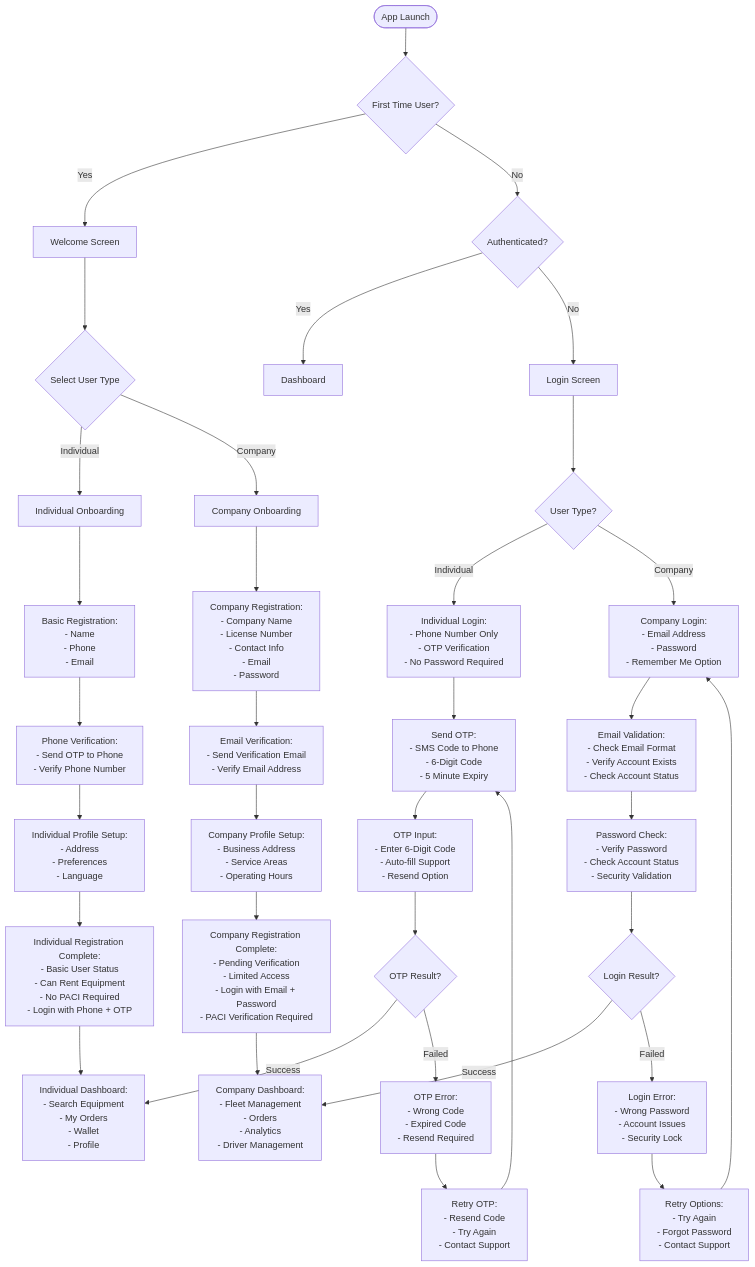
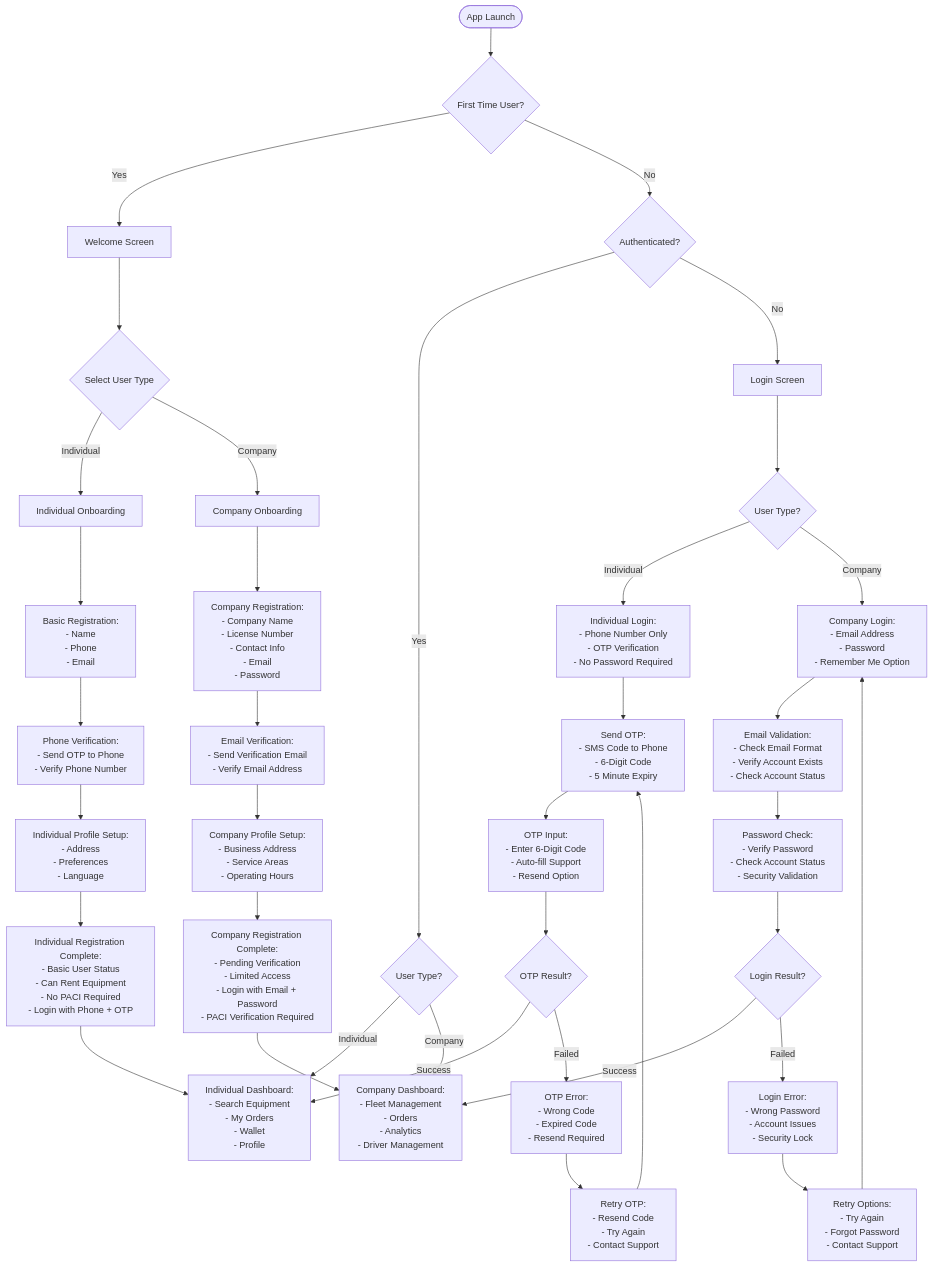
The first of 21 diagrams in 04_User_Experience_Flows.md (engaotb/YARDR), drawn with Mermaid before and after one commit.

Commit message:
Fix Initial App Launch flow logic
- Fixed AuthCheck flow to properly route users based on type
- Added UserTypeCheck for authenticated users
- Individual users go to IndividualDashboard
- Company users go to CompanyDashboard
- Fixed flow logic to be more accurate and clear
- Resolved dashboard routing issues

````diff
--- a/04_User_Experience_Flows.md
+++ b/04_User_Experience_Flows.md
@@ -36,55 +36,58 @@
 ```mermaid
 flowchart TD
     Start([App Launch]) --> FirstTime{First Time User?}
     
     FirstTime -->|Yes| Welcome[Welcome Screen]
     FirstTime -->|No| AuthCheck{Authenticated?}
     
     Welcome --> UserType{Select User Type}
     UserType -->|Individual| IndividualOnboarding[Individual Onboarding]
     UserType -->|Company| CompanyOnboarding[Company Onboarding]
     
     IndividualOnboarding --> BasicRegistration[Basic Registration:<br/>- Name<br/>- Phone<br/>- Email]
     CompanyOnboarding --> CompanyRegistration[Company Registration:<br/>- Company Name<br/>- License Number<br/>- Contact Info<br/>- Email<br/>- Password]
     
     BasicRegistration --> PhoneVerification[Phone Verification:<br/>- Send OTP to Phone<br/>- Verify Phone Number]
     CompanyRegistration --> EmailVerification[Email Verification:<br/>- Send Verification Email<br/>- Verify Email Address]
     
     PhoneVerification --> IndividualProfileSetup[Individual Profile Setup:<br/>- Address<br/>- Preferences<br/>- Language]
     EmailVerification --> CompanyProfileSetup[Company Profile Setup:<br/>- Business Address<br/>- Service Areas<br/>- Operating Hours]
     
     IndividualProfileSetup --> IndividualComplete[Individual Registration Complete:<br/>- Basic User Status<br/>- Can Rent Equipment<br/>- No PACI Required<br/>- Login with Phone + OTP]
     CompanyProfileSetup --> CompanyComplete[Company Registration Complete:<br/>- Pending Verification<br/>- Limited Access<br/>- Login with Email + Password<br/>- PACI Verification Required]
     
     IndividualComplete --> IndividualDashboard[Individual Dashboard:<br/>- Search Equipment<br/>- My Orders<br/>- Wallet<br/>- Profile Settings]
     CompanyComplete --> CompanyDashboard[Company Dashboard:<br/>- Pending Verification<br/>- Upload Documents<br/>- PACI Verification<br/>- Limited Features]
     
-    AuthCheck -->|Yes| Dashboard
+    AuthCheck -->|Yes| UserTypeCheck{User Type?}
     AuthCheck -->|No| Login[Login Screen]
+    
+    UserTypeCheck -->|Individual| IndividualDashboard
+    UserTypeCheck -->|Company| CompanyDashboard
     Login --> UserTypeLogin{User Type?}
     UserTypeLogin -->|Individual| IndividualLogin[Individual Login:<br/>- Phone Number Only<br/>- OTP Verification<br/>- No Password Required]
     UserTypeLogin -->|Company| CompanyLogin[Company Login:<br/>- Email Address<br/>- Password<br/>- Remember Me Option]
     
     IndividualLogin --> SendOTP[Send OTP:<br/>- SMS Code to Phone<br/>- 6-Digit Code<br/>- 5 Minute Expiry]
     
     CompanyLogin --> EmailValidation[Email Validation:<br/>- Check Email Format<br/>- Verify Account Exists<br/>- Check Account Status]
     
     SendOTP --> OTPInput[OTP Input:<br/>- Enter 6-Digit Code<br/>- Auto-fill Support<br/>- Resend Option]
     
     EmailValidation --> PasswordCheck[Password Check:<br/>- Verify Password<br/>- Check Account Status<br/>- Security Validation]
     
     OTPInput --> OTPResult{OTP Result?}
     PasswordCheck --> LoginResult{Login Result?}
     
     OTPResult -->|Success| IndividualDashboard[Individual Dashboard:<br/>- Search Equipment<br/>- My Orders<br/>- Wallet<br/>- Profile]
     OTPResult -->|Failed| OTPError[OTP Error:<br/>- Wrong Code<br/>- Expired Code<br/>- Resend Required]
     
     LoginResult -->|Success| CompanyDashboard[Company Dashboard:<br/>- Fleet Management<br/>- Orders<br/>- Analytics<br/>- Driver Management]
     LoginResult -->|Failed| LoginError[Login Error:<br/>- Wrong Password<br/>- Account Issues<br/>- Security Lock]
     
     LoginError --> RetryOptions[Retry Options:<br/>- Try Again<br/>- Forgot Password<br/>- Contact Support]
     OTPError --> RetryOTP[Retry OTP:<br/>- Resend Code<br/>- Try Again<br/>- Contact Support]
     
     RetryOptions --> CompanyLogin
     RetryOTP --> SendOTP
 ```
````
